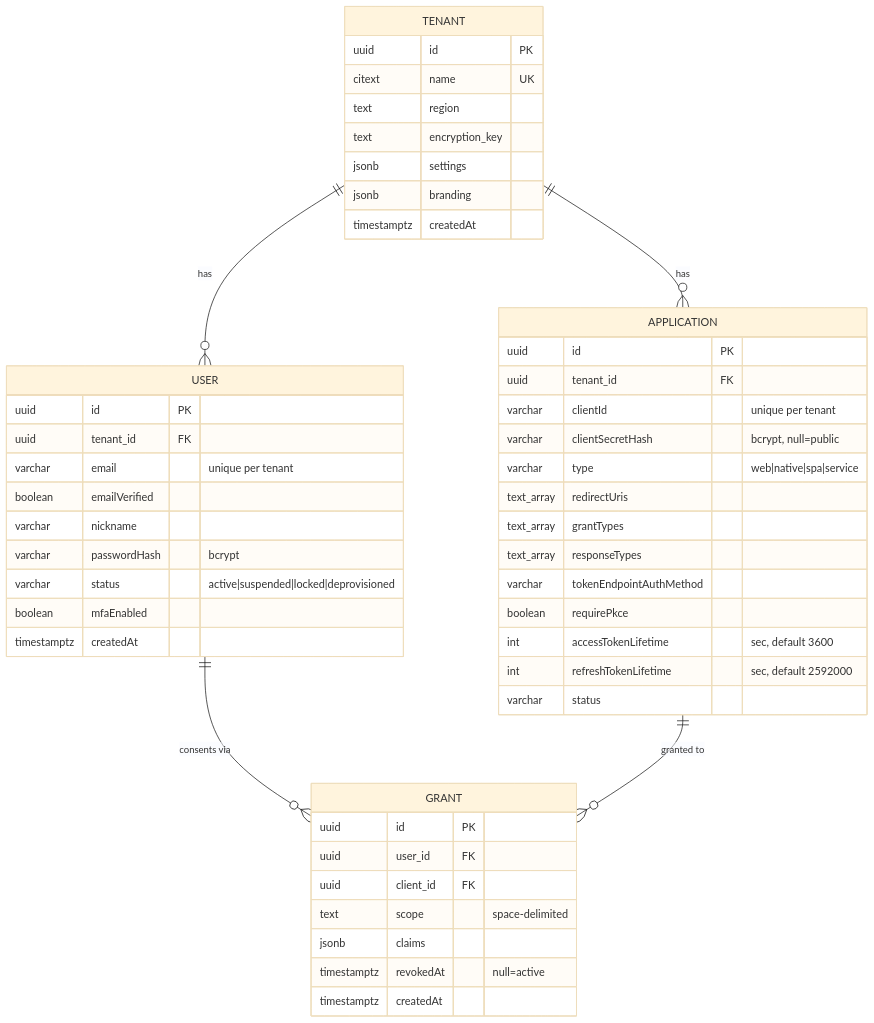
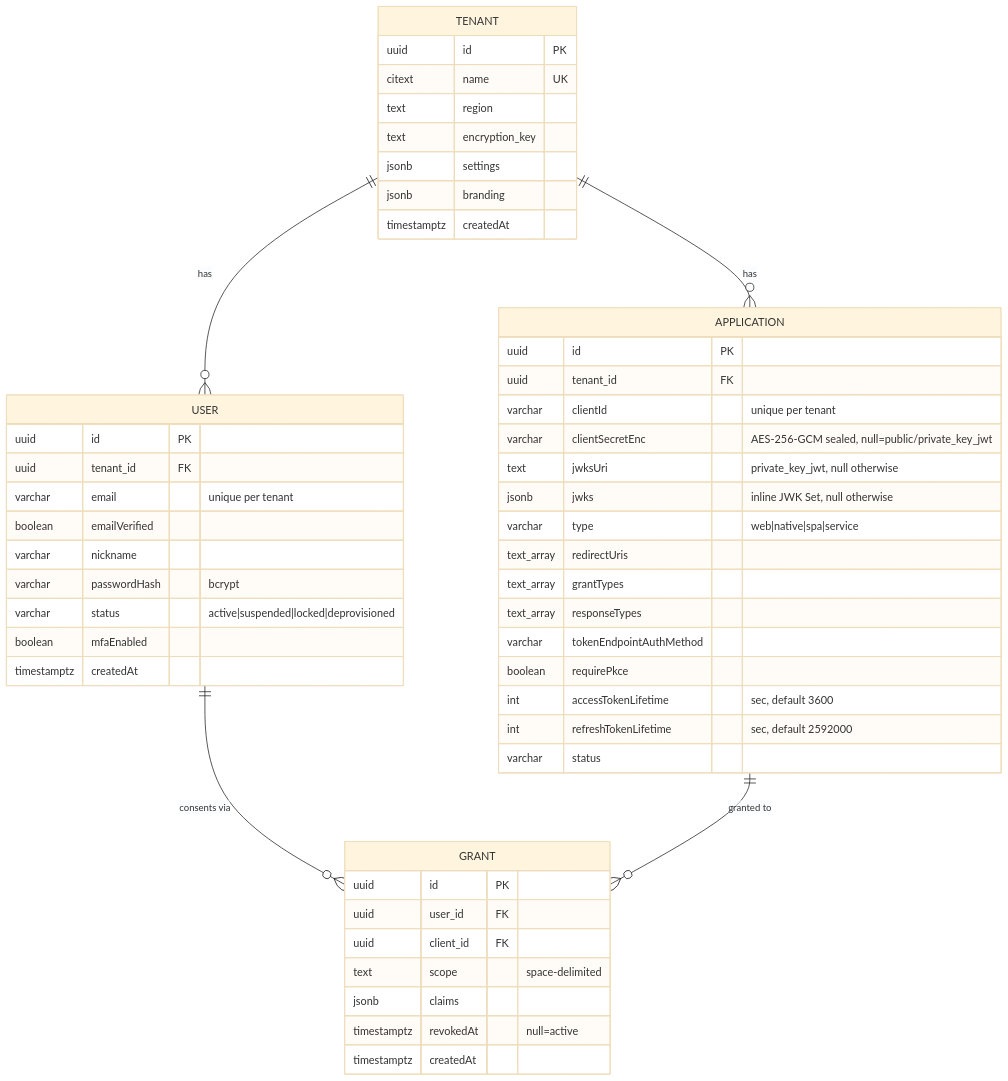
Before and after one commit to bmc1995/identity-nest: the diagram in docs/data-model.md, drawn with Mermaid (base theme). The commit also changed other lines of this file and 5 other files, not shown here.

Commit message:
chore(docs): update documentation & roadmap

````diff
--- a/docs/data-model.md
+++ b/docs/data-model.md
@@ -17,52 +17,54 @@
 ```mermaid
 erDiagram
   TENANT ||--o{ USER : has
   TENANT ||--o{ APPLICATION : has
   USER ||--o{ GRANT : "consents via"
   APPLICATION ||--o{ GRANT : "granted to"
 
   TENANT {
     uuid id PK
     citext name UK
     text region
     text encryption_key
     jsonb settings
     jsonb branding
     timestamptz createdAt
   }
   USER {
     uuid id PK
     uuid tenant_id FK
     varchar email "unique per tenant"
     boolean emailVerified
     varchar nickname
     varchar passwordHash "bcrypt"
     varchar status "active|suspended|locked|deprovisioned"
     boolean mfaEnabled
     timestamptz createdAt
   }
   APPLICATION {
     uuid id PK
     uuid tenant_id FK
     varchar clientId "unique per tenant"
-    varchar clientSecretHash "bcrypt, null=public"
+    varchar clientSecretEnc "AES-256-GCM sealed, null=public/private_key_jwt"
+    text jwksUri "private_key_jwt, null otherwise"
+    jsonb jwks "inline JWK Set, null otherwise"
     varchar type "web|native|spa|service"
     text_array redirectUris
     text_array grantTypes
     text_array responseTypes
     varchar tokenEndpointAuthMethod
     boolean requirePkce
     int accessTokenLifetime "sec, default 3600"
     int refreshTokenLifetime "sec, default 2592000"
     varchar status
   }
   GRANT {
     uuid id PK
     uuid user_id FK
     uuid client_id FK
     text scope "space-delimited"
     jsonb claims
     timestamptz revokedAt "null=active"
     timestamptz createdAt
   }
 ```
````
